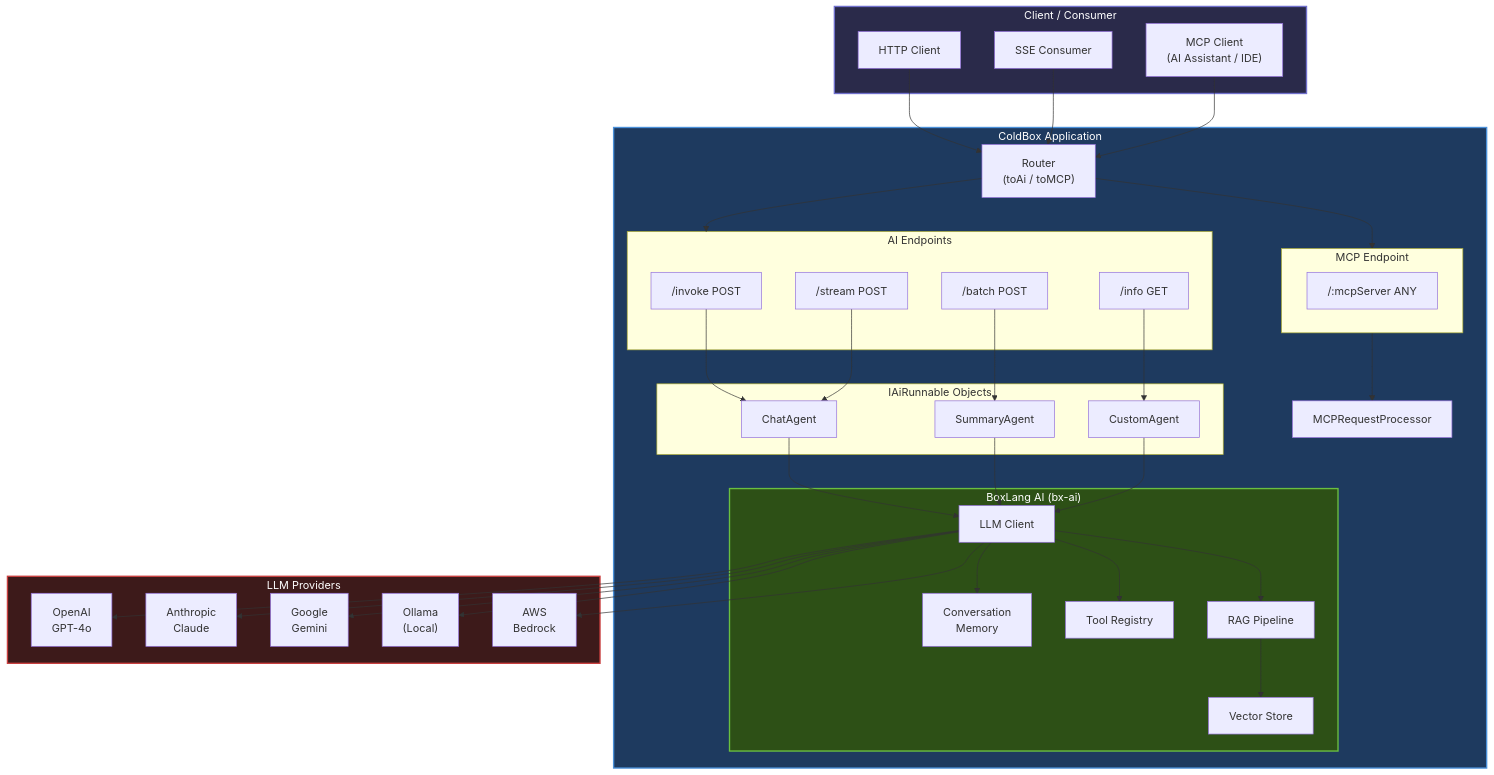
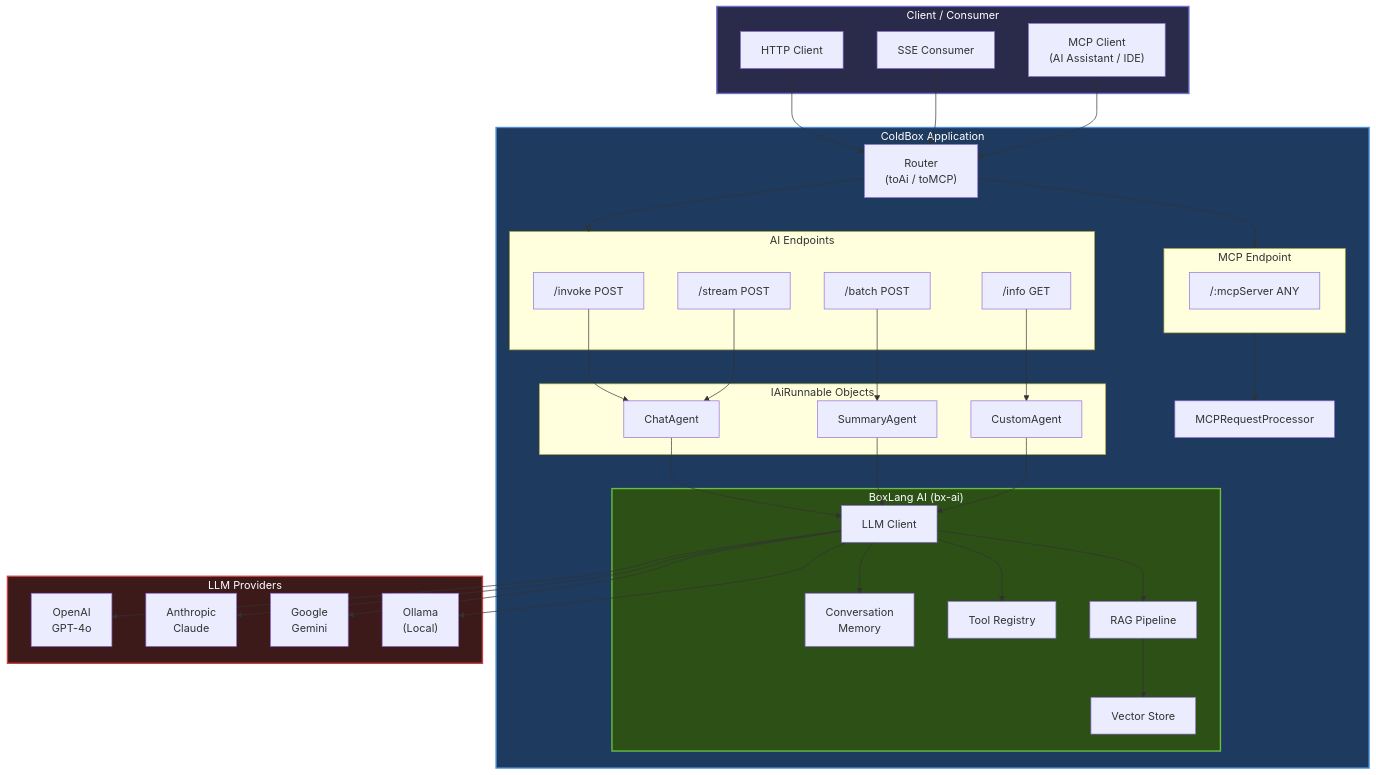
Before and after one commit to ortus-docs/coldbox-docs: the first of 5 diagrams in digging-deeper/ai/README.md, drawn with Mermaid. The commit also changed other lines of this file and 1 other file, not shown here.

````diff
--- a/digging-deeper/ai/README.md
+++ b/digging-deeper/ai/README.md
@@ -31,81 +34,79 @@
 ```mermaid
 graph TB
     subgraph Client["Client / Consumer"]
         HTTP["HTTP Client"]
         SSE["SSE Consumer"]
         MCP_C["MCP Client\n(AI Assistant / IDE)"]
     end
 
     subgraph ColdBox["ColdBox Application"]
         Router["Router\n(toAi / toMCP)"]
 
         subgraph AI_Routes["AI Endpoints"]
             Invoke["/invoke  POST"]
             Stream["/stream  POST"]
             Batch["/batch   POST"]
             Info["/info    GET"]
         end
 
         subgraph MCP_Route["MCP Endpoint"]
             MCP_EP["/:mcpServer  ANY"]
         end
 
         subgraph Runnables["IAiRunnable Objects"]
             Agent1["ChatAgent"]
             Agent2["SummaryAgent"]
             Agent3["CustomAgent"]
         end
 
         subgraph BXAI["BoxLang AI (bx-ai)"]
             LLMClient["LLM Client"]
             Memory["Conversation\nMemory"]
             Tools["Tool Registry"]
             RAG["RAG Pipeline"]
             VectorStore["Vector Store"]
         end
 
         MCPProc["MCPRequestProcessor"]
     end
 
     subgraph Providers["LLM Providers"]
         OpenAI["OpenAI\nGPT-4o"]
         Claude["Anthropic\nClaude"]
         Gemini["Google\nGemini"]
         Ollama["Ollama\n(Local)"]
-        Bedrock["AWS\nBedrock"]
     end
 
     HTTP --> Router
     SSE --> Router
     MCP_C --> Router
 
     Router --> AI_Routes
     Router --> MCP_Route
 
     Invoke --> Agent1
     Stream --> Agent1
     Batch --> Agent2
     Info --> Agent3
 
     MCP_Route --> MCPProc
 
     Agent1 --> LLMClient
     Agent2 --> LLMClient
     Agent3 --> LLMClient
 
     LLMClient --> Memory
     LLMClient --> Tools
     LLMClient --> RAG
     RAG --> VectorStore
 
     LLMClient --> OpenAI
     LLMClient --> Claude
     LLMClient --> Gemini
     LLMClient --> Ollama
-    LLMClient --> Bedrock
 
     style ColdBox fill:#1e3a5f,stroke:#4a90d9,stroke-width:2px,color:#fff
     style BXAI fill:#2d5016,stroke:#6abf40,stroke-width:2px,color:#fff
     style Providers fill:#3d1a1a,stroke:#c94040,stroke-width:2px,color:#fff
     style Client fill:#2a2a4a,stroke:#7070cc,stroke-width:2px,color:#fff
 ```
````
